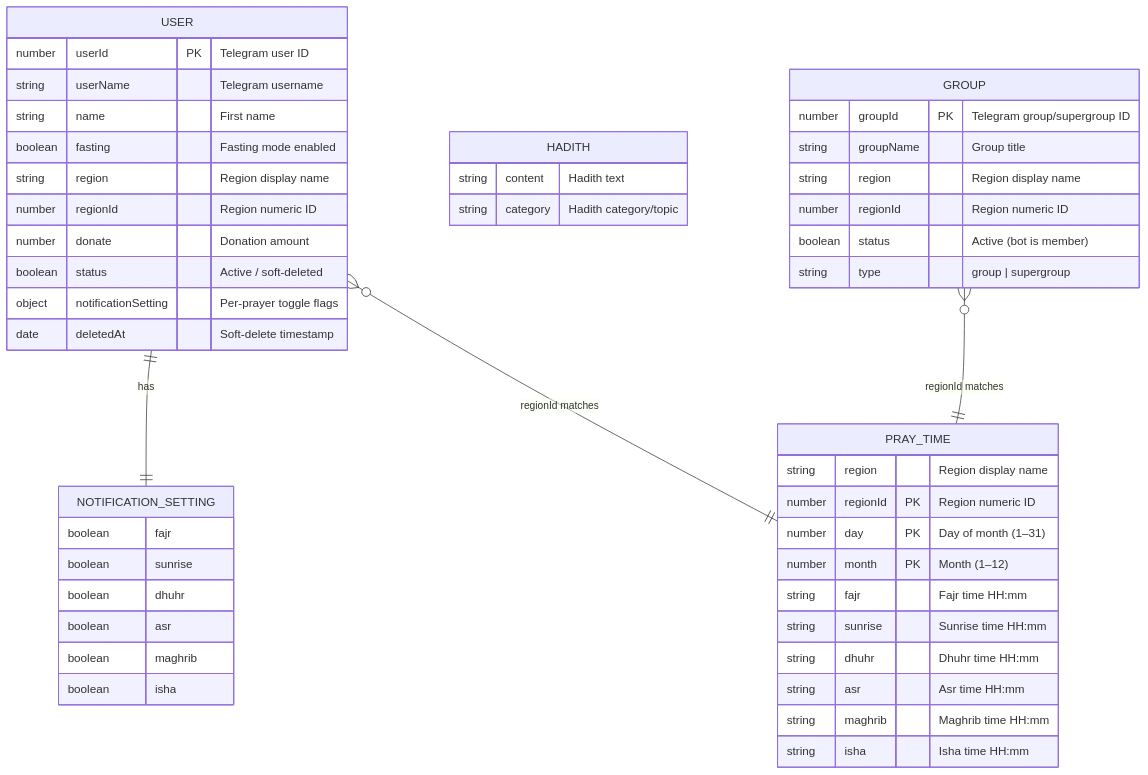
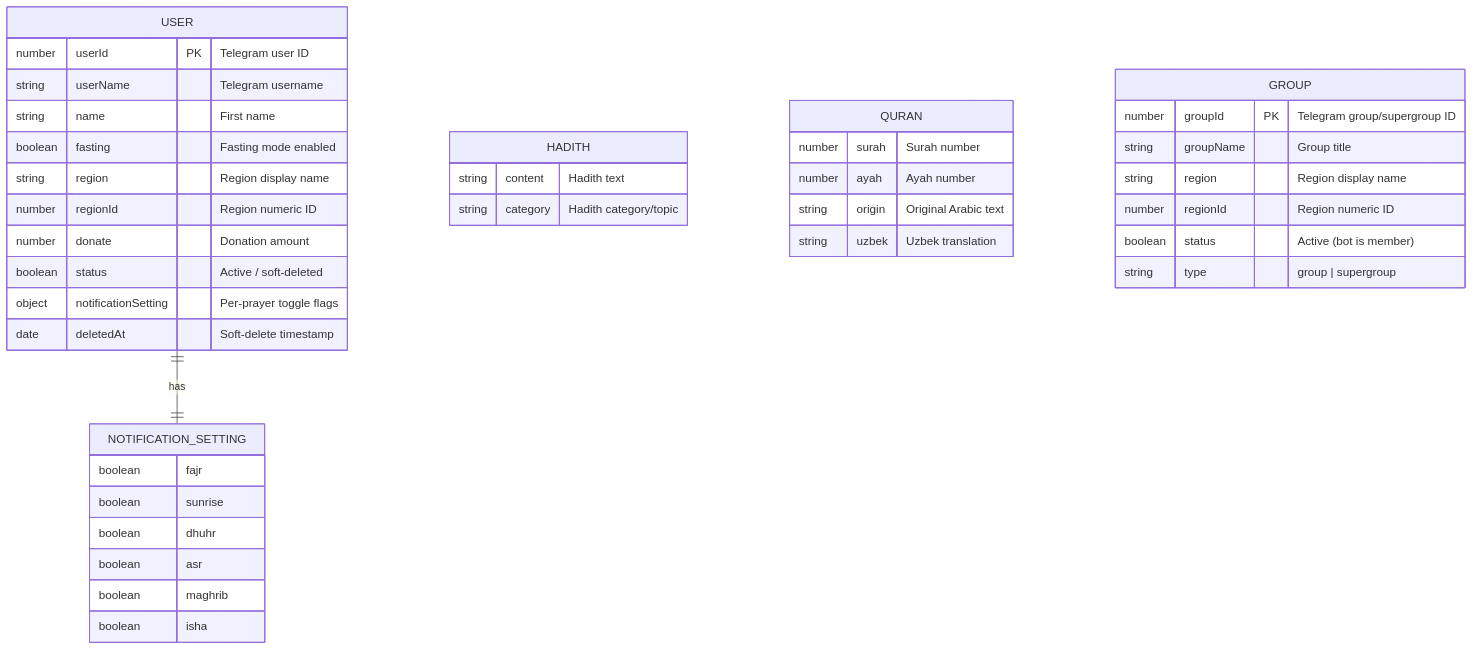
The diagram in README.md (Xayrulloh/ReminderBot), drawn with Mermaid before and after one commit. The commit also changed other lines of this file, not shown here.

````diff
--- a/README.md
+++ b/README.md
@@ -68,55 +71,47 @@
 ```mermaid
 erDiagram
     USER {
         number  userId          PK "Telegram user ID"
         string  userName            "Telegram username"
         string  name                "First name"
         boolean fasting             "Fasting mode enabled"
         string  region              "Region display name"
         number  regionId            "Region numeric ID"
         number  donate              "Donation amount"
         boolean status              "Active / soft-deleted"
         object  notificationSetting "Per-prayer toggle flags"
         date    deletedAt           "Soft-delete timestamp"
     }
 
     NOTIFICATION_SETTING {
         boolean fajr
         boolean sunrise
         boolean dhuhr
         boolean asr
         boolean maghrib
         boolean isha
     }
 
-    PRAY_TIME {
-        string  region      "Region display name"
-        number  regionId    PK "Region numeric ID"
-        number  day         PK "Day of month (1–31)"
-        number  month       PK "Month (1–12)"
-        string  fajr        "Fajr time HH:mm"
-        string  sunrise     "Sunrise time HH:mm"
-        string  dhuhr       "Dhuhr time HH:mm"
-        string  asr         "Asr time HH:mm"
-        string  maghrib     "Maghrib time HH:mm"
-        string  isha        "Isha time HH:mm"
-    }
-
     HADITH {
         string content  "Hadith text"
         string category "Hadith category/topic"
+    }
+
+    QURAN {
+        number surah   "Surah number"
+        number ayah    "Ayah number"
+        string origin  "Original Arabic text"
+        string uzbek   "Uzbek translation"
     }
 
     GROUP {
         number  groupId     PK "Telegram group/supergroup ID"
         string  groupName   "Group title"
         string  region      "Region display name"
         number  regionId    "Region numeric ID"
         boolean status      "Active (bot is member)"
         string  type        "group | supergroup"
     }
 
     USER ||--|| NOTIFICATION_SETTING : "has"
-    USER }o--|| PRAY_TIME : "regionId matches"
-    GROUP }o--|| PRAY_TIME : "regionId matches"
 ```
````
